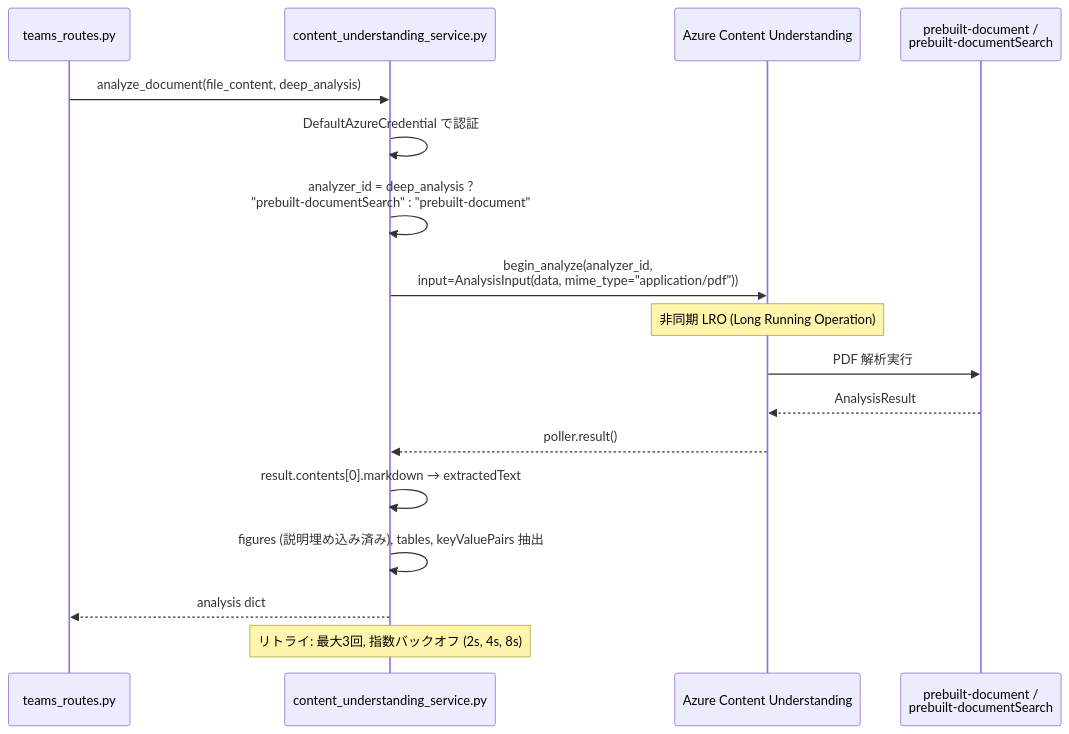
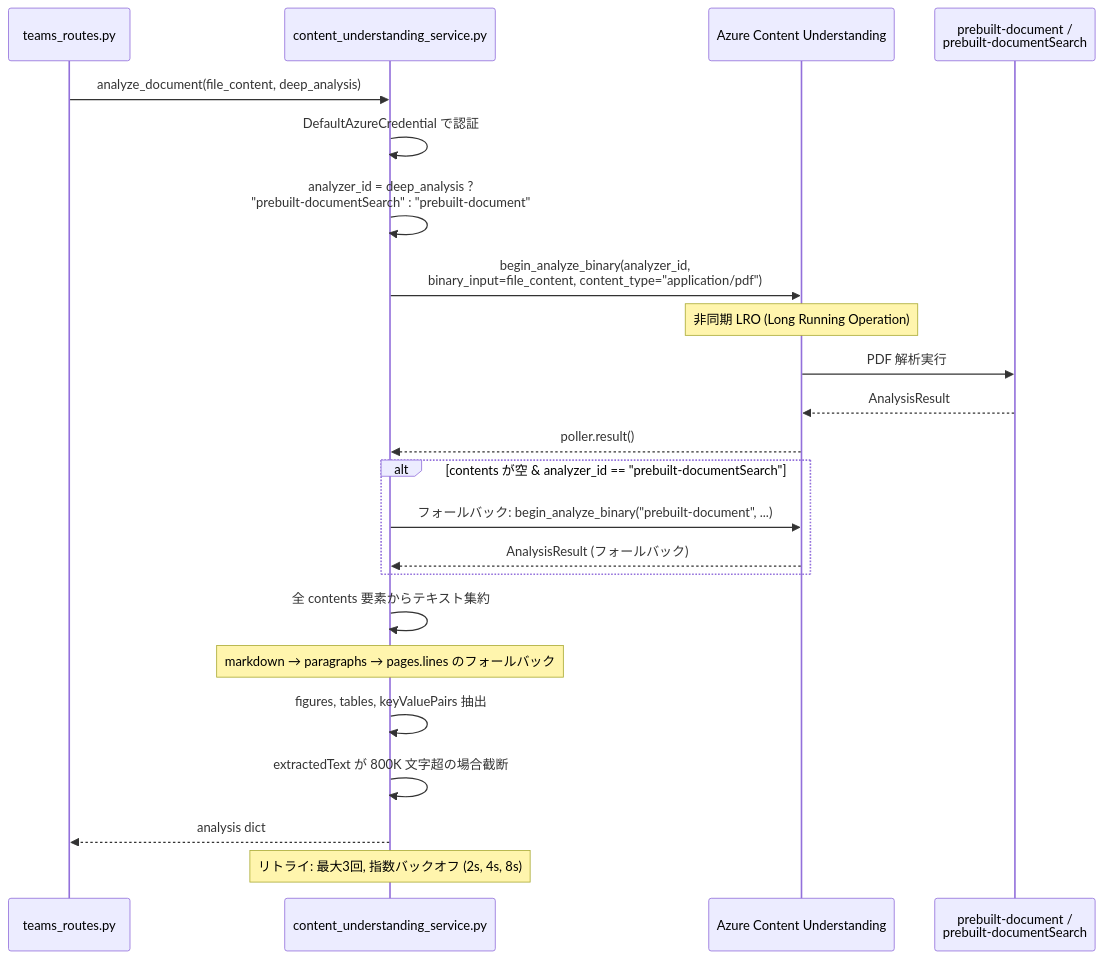
The fifth of 20 diagrams in docs/ARCHITECTURE.md (hatasaki/Manufacturing-Intelligent-Document-Management), drawn with Mermaid before and after one commit. The commit also changed other lines of this file and 4 other files, not shown here.

````diff
--- a/docs/ARCHITECTURE.md
+++ b/docs/ARCHITECTURE.md
@@ -220,20 +221,26 @@
 ```mermaid
 sequenceDiagram
     participant Route as teams_routes.py
     participant CU_SVC as content_understanding_service.py
     participant CU as Azure Content Understanding
     participant Model as prebuilt-document /<br/>prebuilt-documentSearch
 
     Route->>CU_SVC: analyze_document(file_content, deep_analysis)
     CU_SVC->>CU_SVC: DefaultAzureCredential で認証
     CU_SVC->>CU_SVC: analyzer_id = deep_analysis ?<br/>"prebuilt-documentSearch" : "prebuilt-document"
-    CU_SVC->>CU: begin_analyze(analyzer_id,<br/>input=AnalysisInput(data, mime_type="application/pdf"))
+    CU_SVC->>CU: begin_analyze_binary(analyzer_id,<br/>binary_input=file_content, content_type="application/pdf")
     Note over CU: 非同期 LRO (Long Running Operation)
     CU->>Model: PDF 解析実行
     Model-->>CU: AnalysisResult
     CU-->>CU_SVC: poller.result()
-    CU_SVC->>CU_SVC: result.contents[0].markdown → extractedText
-    CU_SVC->>CU_SVC: figures (説明埋め込み済み), tables, keyValuePairs 抽出
+    alt contents が空 & analyzer_id == "prebuilt-documentSearch"
+        CU_SVC->>CU: フォールバック: begin_analyze_binary("prebuilt-document", ...)
+        CU-->>CU_SVC: AnalysisResult (フォールバック)
+    end
+    CU_SVC->>CU_SVC: 全 contents 要素からテキスト集約
+    Note over CU_SVC: markdown → paragraphs → pages.lines のフォールバック
+    CU_SVC->>CU_SVC: figures, tables, keyValuePairs 抽出
+    CU_SVC->>CU_SVC: extractedText が 800K 文字超の場合截断
     CU_SVC-->>Route: analysis dict
     Note over CU_SVC: リトライ: 最大3回, 指数バックオフ (2s, 4s, 8s)
 ```
````
